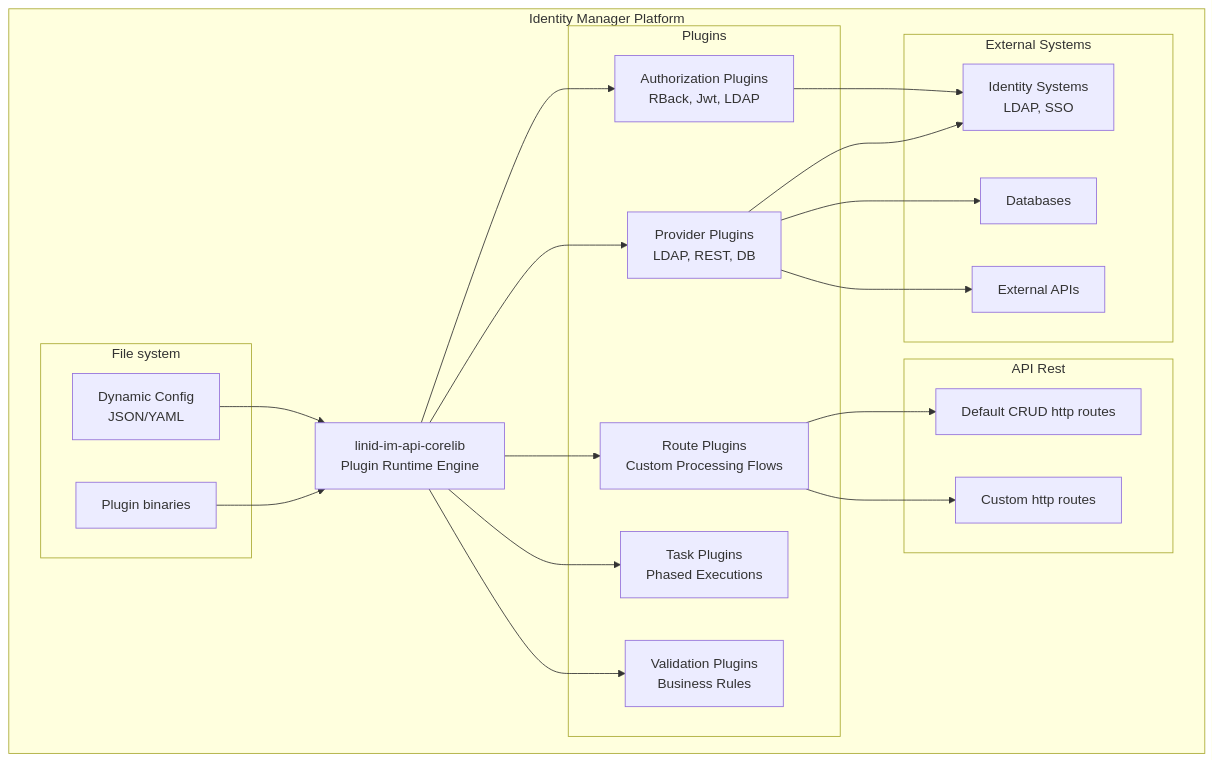
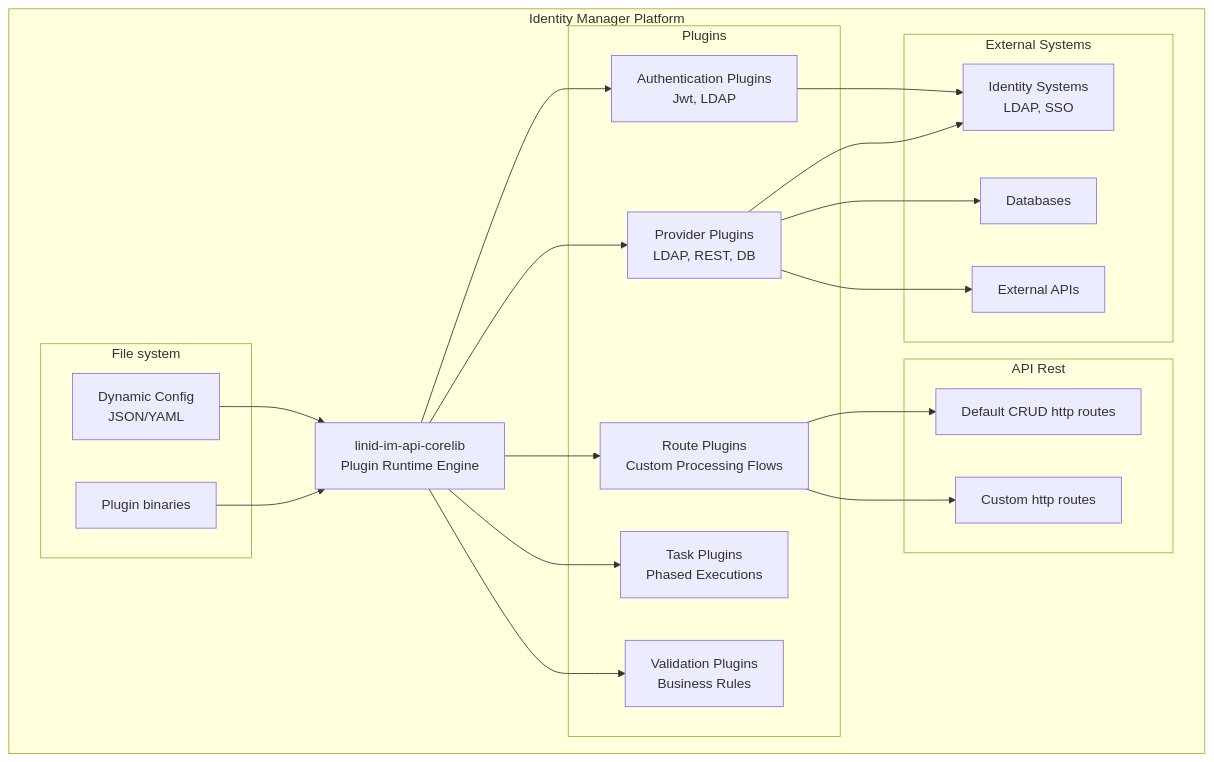
Before and after one commit to linagora/linid-im-api-corelib: the diagram in docs/architecture.mmd, drawn with Mermaid. The commit also changed 20 other files, not shown here.

First line of the commit message:
refactor: rename AuthorizationPlugin to AuthenticationPlugin

```diff
--- a/docs/architecture.mmd
+++ b/docs/architecture.mmd
@@ -1,43 +1,43 @@
 graph TD
     subgraph Identity Manager Platform
         linid-im-api-corelib[linid-im-api-corelib<br/>Plugin Runtime Engine]
 
         subgraph Plugins
-            auth_plugins[Authorization Plugins<br/>RBack, Jwt, LDAP]
+            auth_plugins[Authentication Plugins<br/>Jwt, LDAP]
             provider_plugins[Provider Plugins<br/>LDAP, REST, DB]
             route_plugins[Route Plugins<br/>Custom Processing Flows]
             task_plugins[Task Plugins<br/>Phased Executions]
             validation_plugins[Validation Plugins<br/>Business Rules]
         end
 
         subgraph File system
             loader[Plugin binaries]
             config[Dynamic Config<br/>JSON/YAML]
         end
 
         subgraph External Systems
             identity[Identity Systems<br/>LDAP, SSO]
             databases[Databases]
             apis[External APIs]
         end
 
         subgraph API Rest
             crud[Default CRUD http routes]
             custom_routes[Custom http routes]
         end
     end
 
 %% Flows
     config --> linid-im-api-corelib
     loader --> linid-im-api-corelib
     linid-im-api-corelib --> auth_plugins
     linid-im-api-corelib --> provider_plugins
     linid-im-api-corelib --> route_plugins
     linid-im-api-corelib --> task_plugins
     linid-im-api-corelib --> validation_plugins
     provider_plugins --> identity
     provider_plugins --> databases
     provider_plugins --> apis
     auth_plugins --> identity
     route_plugins --> crud
     route_plugins --> custom_routes
```
